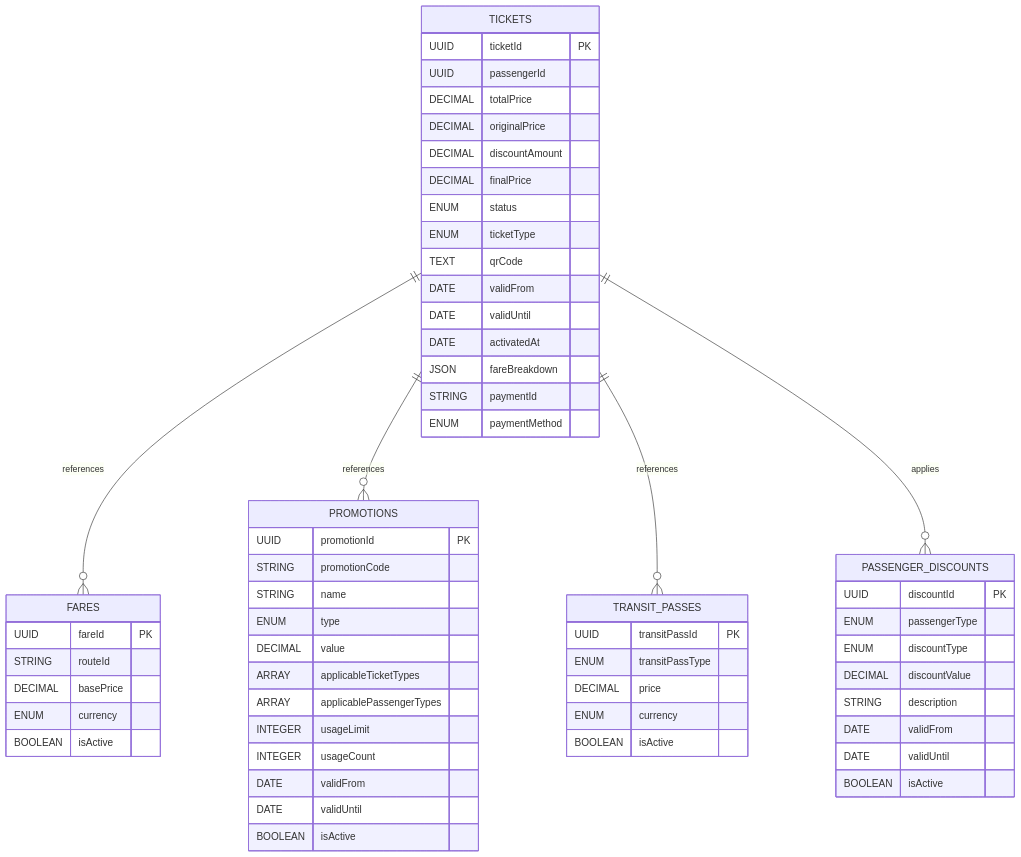
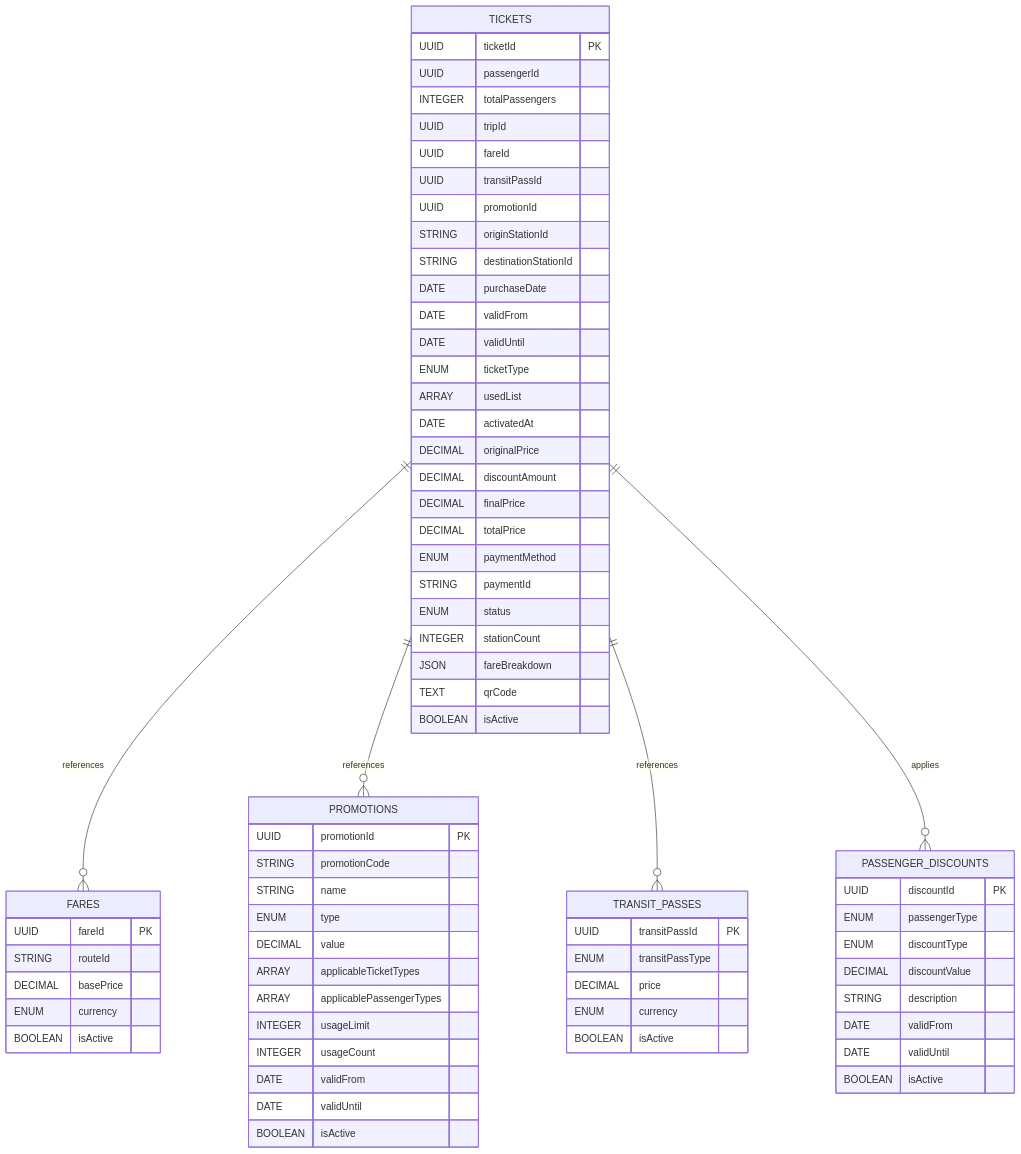
One commit to NamPhAm-Work423/Metro-backend changed diagram 14 of 14 in ticket-service/README.md. Above: the diagram before and after it, drawn with Mermaid. The commit also changed 27 other files, not shown here.

````diff
--- a/ticket-service/README.md
+++ b/ticket-service/README.md
@@ -1012,62 +1012,73 @@
 ```mermaid
 erDiagram
   TICKETS ||--o{ FARES : "references"
   TICKETS ||--o{ PROMOTIONS : "references"
   TICKETS ||--o{ TRANSIT_PASSES : "references"
   TICKETS ||--o{ PASSENGER_DISCOUNTS : "applies"
   TICKETS {
     UUID ticketId PK
     UUID passengerId
-    DECIMAL totalPrice
+    INTEGER totalPassengers
+    UUID tripId
+    UUID fareId
+    UUID transitPassId
+    UUID promotionId
+    STRING originStationId
+    STRING destinationStationId
+    DATE purchaseDate
+    DATE validFrom
+    DATE validUntil
+    ENUM ticketType
+    ARRAY usedList
+    DATE activatedAt
     DECIMAL originalPrice
     DECIMAL discountAmount
     DECIMAL finalPrice
+    DECIMAL totalPrice
+    ENUM paymentMethod
+    STRING paymentId
     ENUM status
-    ENUM ticketType
+    INTEGER stationCount
+    JSON fareBreakdown
     TEXT qrCode
-    DATE validFrom
-    DATE validUntil
-    DATE activatedAt
-    JSON fareBreakdown
-    STRING paymentId
-    ENUM paymentMethod
+    BOOLEAN isActive
   }
   FARES {
     UUID fareId PK
     STRING routeId
     DECIMAL basePrice
     ENUM currency
     BOOLEAN isActive
   }
   PROMOTIONS {
     UUID promotionId PK
     STRING promotionCode
     STRING name
     ENUM type
     DECIMAL value
     ARRAY applicableTicketTypes
     ARRAY applicablePassengerTypes
     INTEGER usageLimit
     INTEGER usageCount
     DATE validFrom
     DATE validUntil
     BOOLEAN isActive
   }
   TRANSIT_PASSES {
     UUID transitPassId PK
     ENUM transitPassType
     DECIMAL price
     ENUM currency
     BOOLEAN isActive
   }
   PASSENGER_DISCOUNTS {
     UUID discountId PK
     ENUM passengerType
     ENUM discountType
     DECIMAL discountValue
     STRING description
     DATE validFrom
     DATE validUntil
     BOOLEAN isActive
   }
 ```
````
